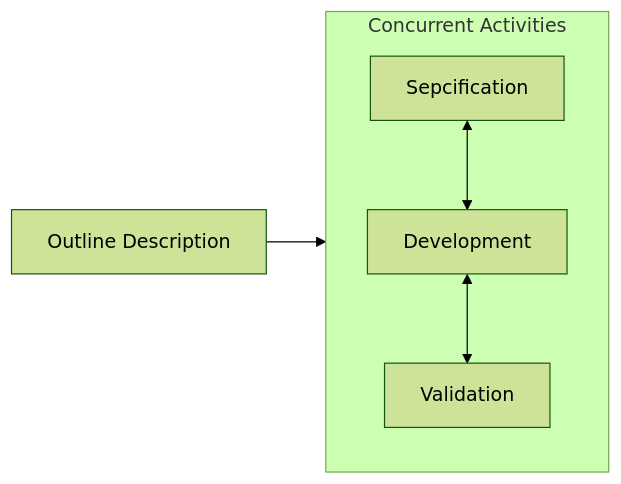
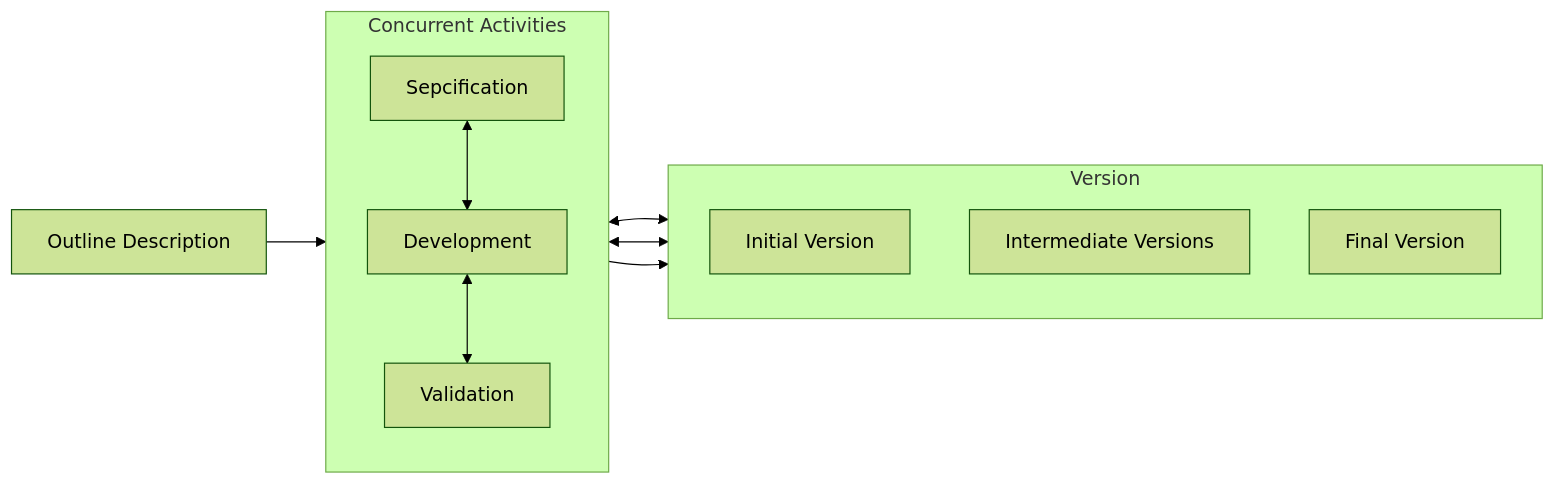
Before and after one commit to Fovir-GitHub/SOF: the second of 4 diagrams in Notes/Chapter2.md, drawn with Mermaid (forest theme). The commit also changed other lines of this file and 5 other files, not shown here.

````diff
--- a/Notes/Chapter2.md
+++ b/Notes/Chapter2.md
@@ -76,16 +76,28 @@
 ```mermaid
 graph LR
   od[Outline Description]
 
   subgraph ca[Concurrent Activities]
     direction TB
 
     s[Sepcification]
     d[Development]
     v[Validation]
 
     s<-->d<-->v
   end
 
+  subgraph Version
+    direction TB
+
+    iv[Initial Version]
+    ivs[Intermediate Versions]
+    fv[Final Version]
+  end
+
   od-->ca
+
+  s<-->iv
+  d<-->ivs
+  v-->fv
 ```
````
